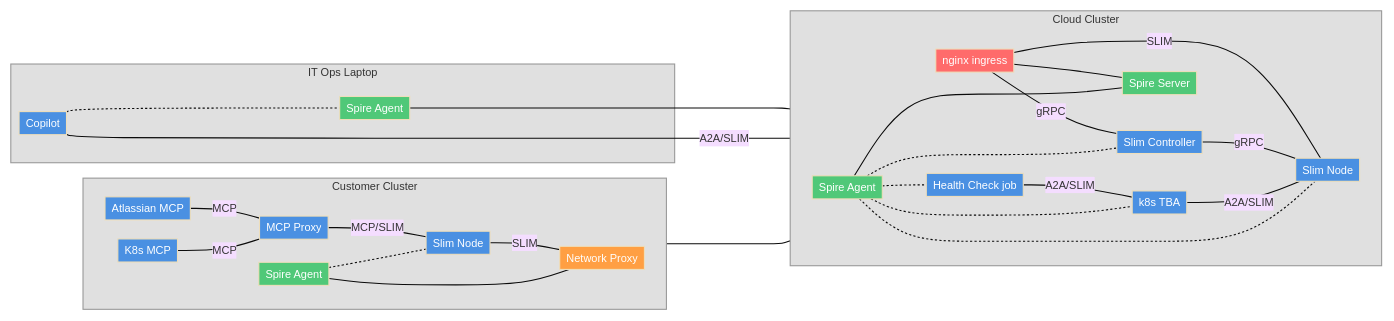
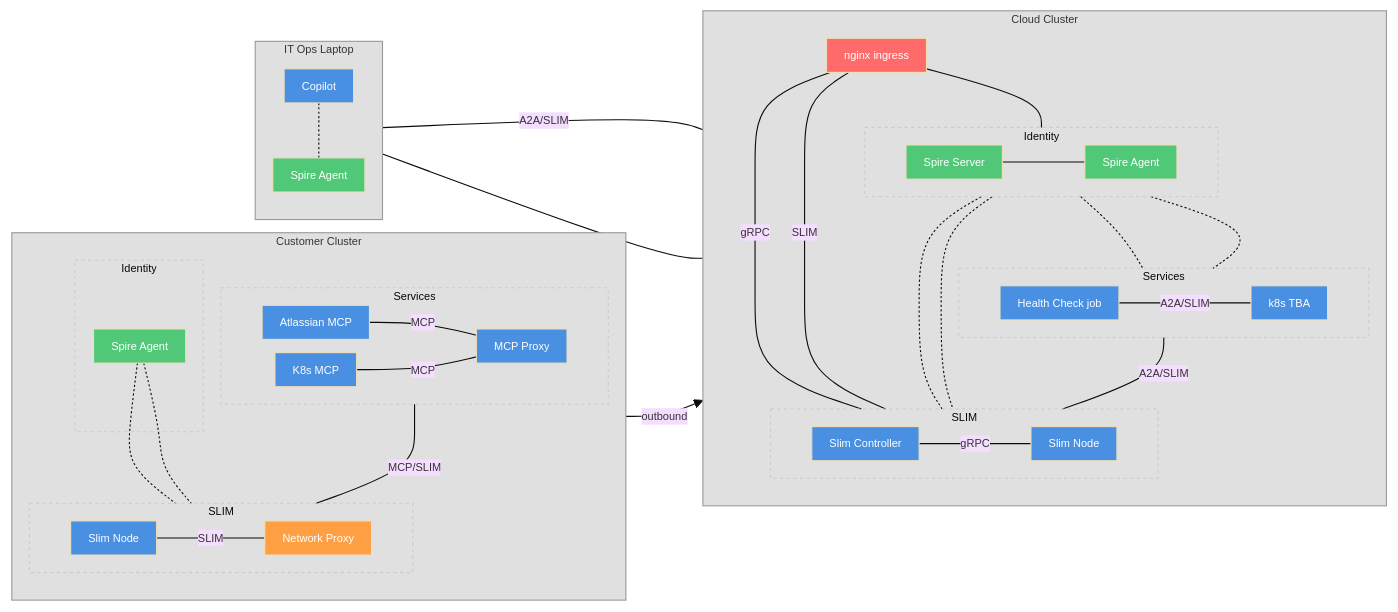
The sixth of 6 diagrams in presentations/slim-multicluster-demo/slim-multicluster-demo.md (agntcy/blogs), drawn with Mermaid before and after one commit. The commit also changed other lines of this file, not shown here.

Commit message:
fix: pictures disposition

````diff
--- a/presentations/slim-multicluster-demo/slim-multicluster-demo.md
+++ b/presentations/slim-multicluster-demo/slim-multicluster-demo.md
@@ -238,43 +288,70 @@
 ```mermaid
-%%{init: {'theme': 'base', 'themeVariables': {'fontSize': '10px'}, 'flowchart': {'nodeSpacing': 8, 'rankSpacing': 15, 'padding': 3}}}%%
+%%{init: {'theme': 'base', 'themeVariables': {'fontSize': '10px'}, 'flowchart': {'nodeSpacing': 12, 'rankSpacing': 25, 'padding': 8}}}%%
 graph LR
     subgraph Customer[Customer Cluster]
-        direction LR
-        AMCP[Atlassian MCP] ---|MCP| MP1[MCP Proxy]
-        KMCP[K8s MCP] ---|MCP| MP1[MCP Proxy]
-        MP1 ---|MCP/SLIM| CSN[Slim Node]
-        CSA[Spire Agent] -.- CSN
-        CSN ---|SLIM| NP[Network Proxy]
-        CSA --- NP
+        direction TB
+        subgraph CustServices[Services]
+            direction LR
+            AMCP[Atlassian MCP] ---|MCP| MP1[MCP Proxy]
+            KMCP[K8s MCP] ---|MCP| MP1
+        end
+        subgraph CustSLIM[SLIM]
+            direction LR
+            CSN[Slim Node] ---|SLIM| NP[Network Proxy]
+        end
+        subgraph CustIdentity[Identity]
+            CSA[Spire Agent]
+        end
+        MP1 ---|MCP/SLIM| CSN
+        CSA -.- CSN
+        CSA -.- NP
     end
 
-    NP ------ Ingress
-
     subgraph Laptop[IT Ops Laptop]
-        Copilot[Copilot] -.- LSA[Spire Agent]
+        direction TB
+        Copilot[Copilot]
+        LSA[Spire Agent]
+        Copilot -.- LSA
     end
 
-    LSA ------ Ingress
-    Copilot ---|A2A/SLIM| Ingress
-
-    subgraph Cloud [Cloud Cluster]
-        direction LR
+    subgraph Cloud[Cloud Cluster]
+        direction TB
         Ingress[nginx ingress]
-        Ingress ---|gRPC| SC[Slim Controller]
-        Ingress --- SS[Spire Server]
-        Ingress ---|SLIM| SN[Slim Node]
-        SC ---|gRPC| SN
-        HCJ[Health Check job] ---|A2A/SLIM| K8S[k8s TBA] ---|A2A/SLIM| SN
-        SA[Spire Agent] --- SS
+        subgraph CloudSLIM[SLIM]
+            direction LR
+            SC[Slim Controller] ---|gRPC| SN[Slim Node]
+        end
+        subgraph CloudServices[Services]
+            direction LR
+            HCJ[Health Check job] ---|A2A/SLIM| K8S[k8s TBA]
+        end
+        subgraph CloudIdentity[Identity]
+            direction LR
+            SS[Spire Server] --- SA[Spire Agent]
+        end
+        Ingress ---|gRPC| SC
+        Ingress ---|SLIM| SN
+        Ingress --- SS
+        K8S ---|A2A/SLIM| SN
         SA -.- SC
         SA -.- SN
         SA -.- K8S
         SA -.- HCJ
     end
 
+    NP -- "outbound" --> Ingress
+    Copilot ---|A2A/SLIM| Ingress
+    LSA --- Ingress
+
     style Customer fill:#e0e0e0,stroke:#999,color:#333
     style Cloud fill:#e0e0e0,stroke:#999,color:#333
     style Laptop fill:#e0e0e0,stroke:#999,color:#333
+    style CustServices fill:none,stroke:#ccc,stroke-dasharray: 3 3
+    style CustSLIM fill:none,stroke:#ccc,stroke-dasharray: 3 3
+    style CustIdentity fill:none,stroke:#ccc,stroke-dasharray: 3 3
+    style CloudSLIM fill:none,stroke:#ccc,stroke-dasharray: 3 3
+    style CloudServices fill:none,stroke:#ccc,stroke-dasharray: 3 3
+    style CloudIdentity fill:none,stroke:#ccc,stroke-dasharray: 3 3
     style NP fill:#FF9F43,color:#fff
     style Ingress fill:#FF6B6B,color:#fff
     style SC fill:#4A90E2,color:#fff
````
